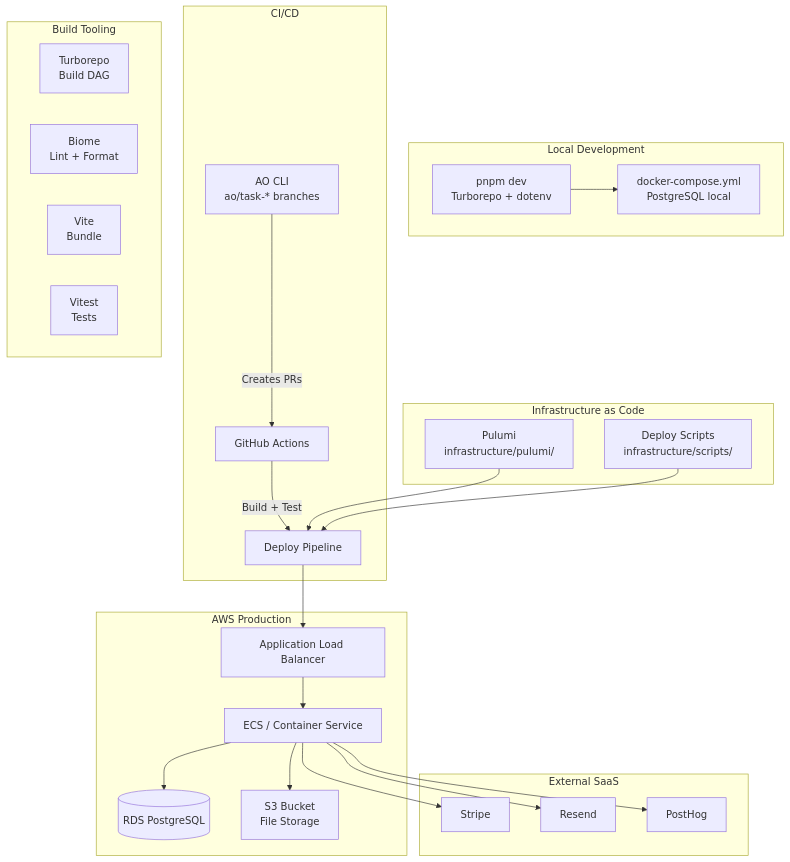
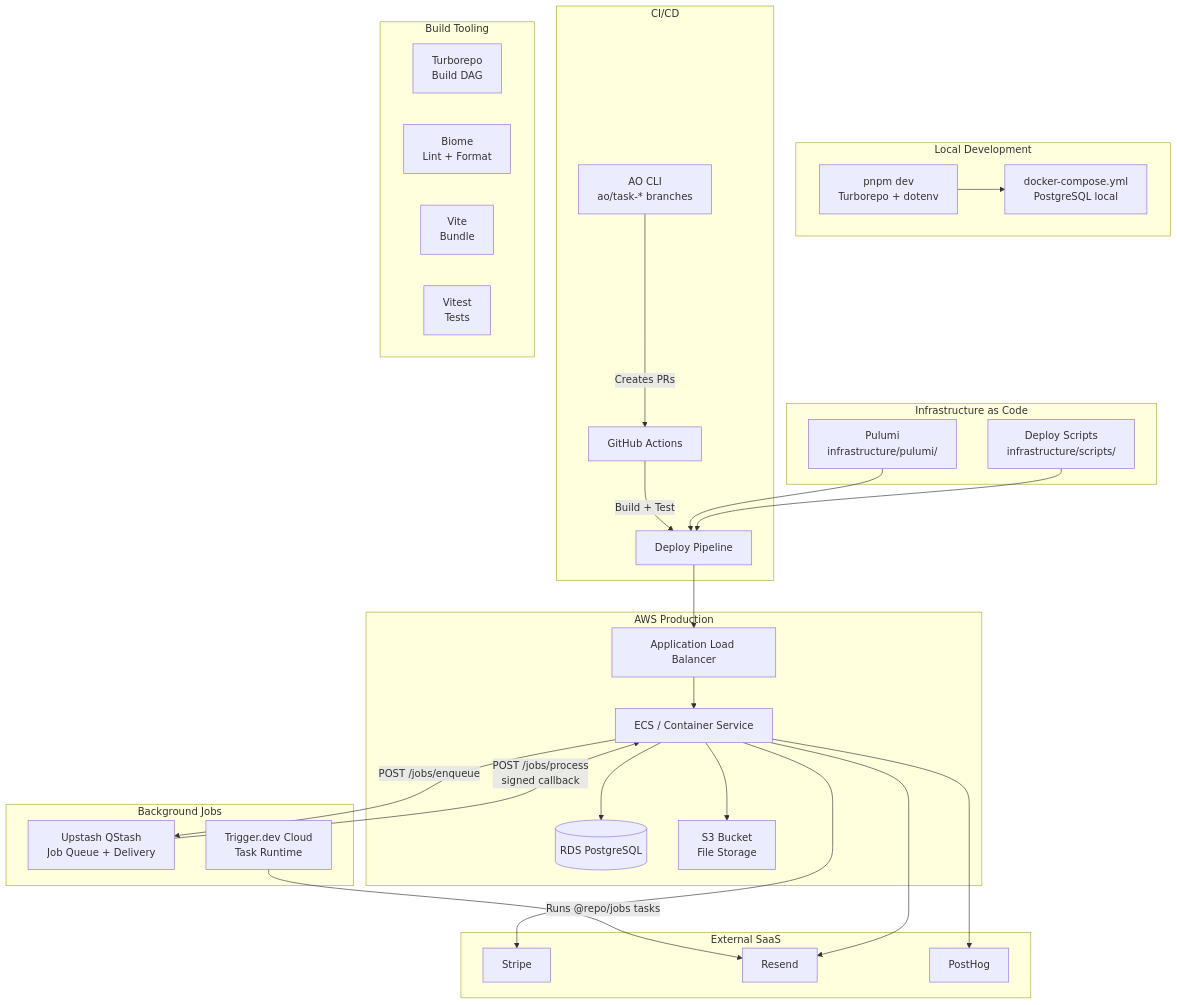
Before and after one commit to launchapp-dev/invoicer: the diagram in knowledge/architecture/saas-template-deployment.md, drawn with Mermaid. The commit also changed other lines of this file and 3 other files, not shown here.

First line of the commit message:
Refresh SaaS template architecture diagrams for jobs package addition (TASK-073) (#55)

````diff
--- a/knowledge/architecture/saas-template-deployment.md
+++ b/knowledge/architecture/saas-template-deployment.md
@@ -19,51 +19,59 @@
 ```mermaid
 graph TD
     subgraph "Local Development"
         DEV[pnpm dev<br/>Turborepo + dotenv]
         DOCKER[docker-compose.yml<br/>PostgreSQL local]
         DEV --> DOCKER
     end
 
     subgraph "CI/CD"
         GH[GitHub Actions]
         AO[AO CLI<br/>ao/task-* branches]
         AO -->|Creates PRs| GH
         GH -->|Build + Test| DEPLOY
     end
 
     subgraph "Infrastructure as Code"
         PULUMI[Pulumi<br/>infrastructure/pulumi/]
         SCRIPTS[Deploy Scripts<br/>infrastructure/scripts/]
         DEPLOY[Deploy Pipeline]
         PULUMI --> DEPLOY
         SCRIPTS --> DEPLOY
     end
 
     subgraph "AWS Production"
         ALB[Application Load Balancer]
         ECS[ECS / Container Service]
         RDS[(RDS PostgreSQL)]
         S3PROD[S3 Bucket<br/>File Storage]
         ALB --> ECS
         ECS --> RDS
         ECS --> S3PROD
     end
 
     subgraph "External SaaS"
         STRIPE[Stripe]
         RESEND[Resend]
         POSTHOG[PostHog]
     end
 
+    subgraph "Background Jobs"
+        QSTASH[Upstash QStash<br/>Job Queue + Delivery]
+        TRIGGERDEV[Trigger.dev Cloud<br/>Task Runtime]
+        ECS -->|POST /jobs/enqueue| QSTASH
+        QSTASH -->|POST /jobs/process<br/>signed callback| ECS
+        TRIGGERDEV -->|Runs @repo/jobs tasks| RESEND
+    end
+
     DEPLOY --> ALB
     ECS --> STRIPE
     ECS --> RESEND
     ECS --> POSTHOG
 
     subgraph "Build Tooling"
         TURBO[Turborepo<br/>Build DAG]
         BIOME[Biome<br/>Lint + Format]
         VITE[Vite<br/>Bundle]
         VITEST[Vitest<br/>Tests]
     end
 ```
````
